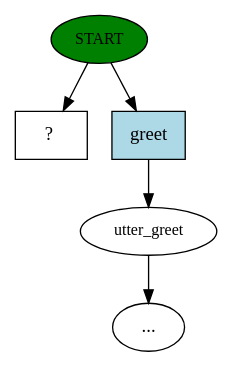
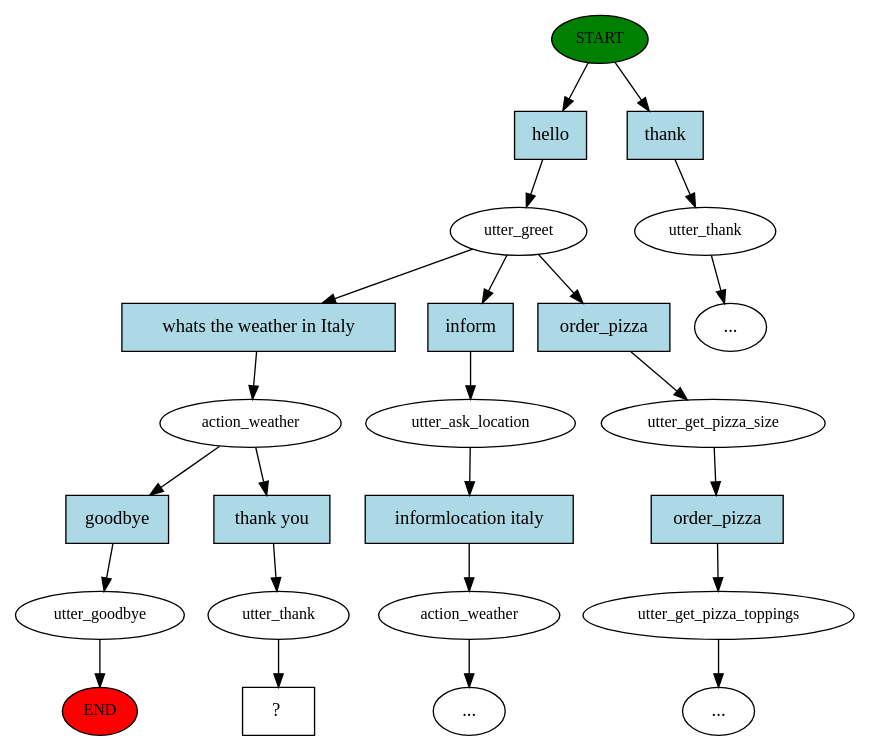
Before and after one commit to ChikkaUdayaSai/rasa_bot: the diagram in story_graph.dot, drawn with Graphviz. The commit also changed 10 other files, not shown here.

Commit message:
add 'thank' intent

```diff
--- a/story_graph.dot
+++ b/story_graph.dot
@@ -1,11 +1,49 @@
 digraph  {
 0 [class="start active", fillcolor=green, fontsize=12, label=START, style=filled];
-1 [class="", fontsize=12, label=utter_greet];
+"-1" [class=end, fillcolor=red, fontsize=12, label=END, style=filled];
+1 [class=active, fontsize=12, label=utter_greet];
+2 [class=active, fontsize=12, label=action_weather];
+3 [class="", fontsize=12, label=utter_goodbye];
+5 [class="", fontsize=12, label=utter_ask_location];
+6 [class="", fontsize=12, label=action_weather];
+8 [class="", fontsize=12, label=utter_get_pizza_size];
+9 [class="", fontsize=12, label=utter_get_pizza_toppings];
+"-5" [class=ellipsis, label="..."];
+13 [class="", fontsize=12, label=utter_thank];
 "-6" [class=ellipsis, label="..."];
-5 [class="intent dashed active", label="  ?  ", shape=rect];
-6 [class=intent, fillcolor=lightblue, label=greet, shape=rect, style=filled];
-0 -> 5  [class=active, key=NONE, label=""];
-0 -> 6  [class="", key=0];
-1 -> "-6"  [class="", key=NONE, label=""];
-6 -> 1  [class="", key=0];
+"-7" [class=ellipsis, label="..."];
+19 [class=active, fontsize=12, label=utter_thank];
+20 [class="intent dashed active", label="  ?  ", shape=rect];
+21 [class="intent active", fillcolor=lightblue, label=hello, shape=rect, style=filled];
+22 [class=intent, fillcolor=lightblue, label=thank, shape=rect, style=filled];
+23 [class="intent active", fillcolor=lightblue, label="whats the weather in Italy", shape=rect, style=filled];
+24 [class=intent, fillcolor=lightblue, label=inform, shape=rect, style=filled];
+25 [class=intent, fillcolor=lightblue, label=order_pizza, shape=rect, style=filled];
+26 [class=intent, fillcolor=lightblue, label=goodbye, shape=rect, style=filled];
+27 [class="intent active", fillcolor=lightblue, label="thank you", shape=rect, style=filled];
+28 [class=intent, fillcolor=lightblue, label="informlocation italy", shape=rect, style=filled];
+29 [class=intent, fillcolor=lightblue, label=order_pizza, shape=rect, style=filled];
+0 -> 21  [class=active, key=0];
+0 -> 22  [class="", key=0];
+1 -> 23  [class=active, key=0];
+1 -> 24  [class="", key=0];
+1 -> 25  [class="", key=0];
+2 -> 26  [class="", key=0];
+2 -> 27  [class=active, key=0];
+3 -> "-1"  [class="", key=NONE, label=""];
+5 -> 28  [class="", key=0];
+6 -> "-7"  [class="", key=NONE, label=""];
+8 -> 29  [class="", key=0];
+9 -> "-5"  [class="", key=NONE, label=""];
+13 -> "-6"  [class="", key=NONE, label=""];
+19 -> 20  [class=active, key=NONE, label=""];
+21 -> 1  [class=active, key=0];
+22 -> 13  [class="", key=0];
+23 -> 2  [class=active, key=0];
+24 -> 5  [class="", key=0];
+25 -> 8  [class="", key=0];
+26 -> 3  [class="", key=0];
+27 -> 19  [class=active, key=0];
+28 -> 6  [class="", key=0];
+29 -> 9  [class="", key=0];
 }
```
